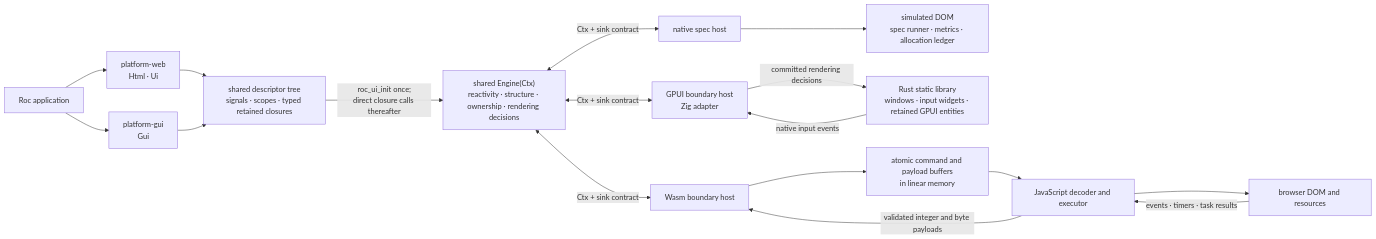
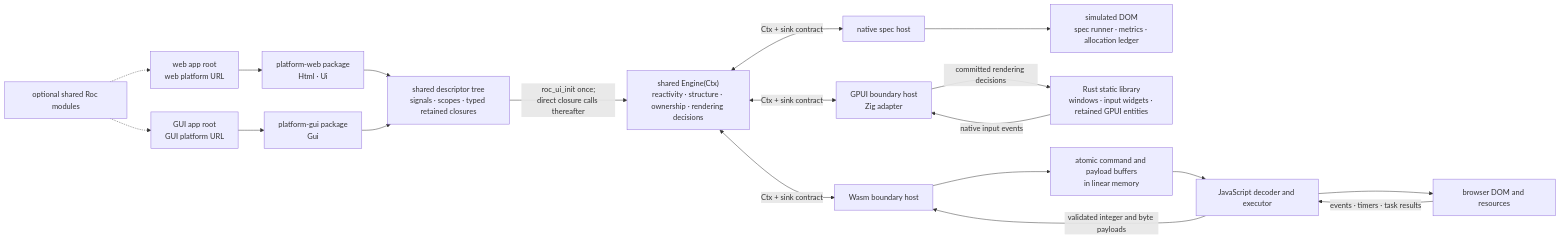
Before and after one commit to lukewilliamboswell/roc-signals: the second of 4 diagrams in design.md, drawn with Mermaid. The commit also changed other lines of this file, not shown here.

Commit message:
Clarify distinct web and GUI platform roots

````diff
--- a/design.md
+++ b/design.md
@@ -344,22 +355,24 @@
 ```mermaid
 flowchart LR
-    App["Roc application"] --> WebPlatform["platform-web<br/>Html · Ui"]
-    App --> GuiPlatform["platform-gui<br/>Gui"]
+    SharedModules["optional shared Roc modules"] -.-> WebApp["web app root<br/>web platform URL"]
+    SharedModules -.-> GuiApp["GUI app root<br/>GUI platform URL"]
+    WebApp --> WebPlatform["platform-web package<br/>Html · Ui"]
+    GuiApp --> GuiPlatform["platform-gui package<br/>Gui"]
     WebPlatform --> Platform["shared descriptor tree<br/>signals · scopes · typed retained closures"]
     GuiPlatform --> Platform
     Platform -->|"roc_ui_init once;<br/>direct closure calls thereafter"| Engine["shared Engine(Ctx)<br/>reactivity · structure · ownership · rendering decisions"]
 
     Engine <-->|"Ctx + sink contract"| Native["native spec host"]
     Native --> NativeSurface["simulated DOM<br/>spec runner · metrics · allocation ledger"]
 
     Engine <-->|"Ctx + sink contract"| Gui["GPUI boundary host<br/>Zig adapter"]
     Gui -->|"committed rendering decisions"| GuiSurface["Rust static library<br/>windows · input widgets · retained GPUI entities"]
     GuiSurface -->|"native input events"| Gui
 
     Engine <-->|"Ctx + sink contract"| Wasm["Wasm boundary host"]
     Wasm --> Wire["atomic command and payload buffers<br/>in linear memory"]
     Wire --> JS["JavaScript decoder and executor"]
     JS --> Browser["browser DOM and resources"]
     Browser -->|"events · timers · task results"| JS
     JS -->|"validated integer and byte payloads"| Wasm
 ```
````
